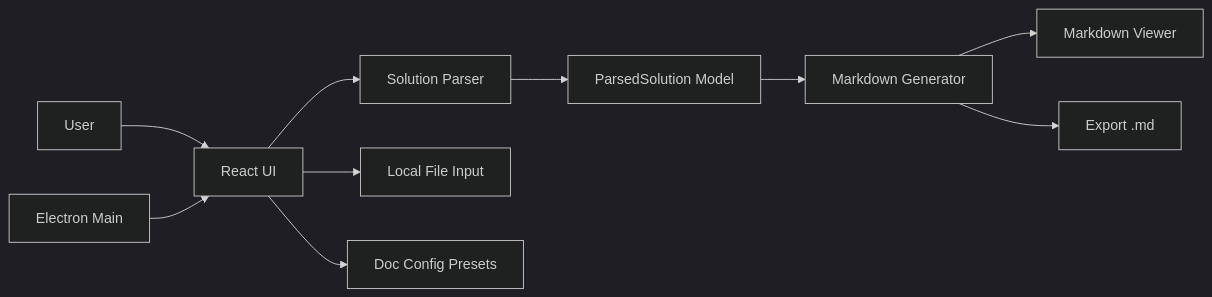
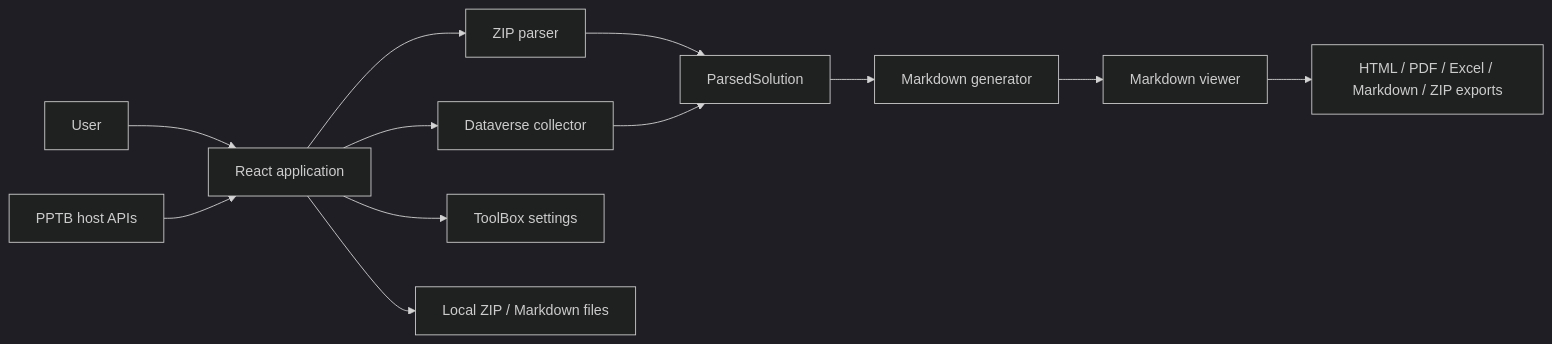
The diagram in docs/high-level-design.md (Hart365/pp-md-pptb-edition), drawn with Mermaid (dark theme) before and after one commit. The commit also changed other lines of this file and 62 other files, not shown here.

````diff
--- a/docs/high-level-design.md
+++ b/docs/high-level-design.md
@@ -23,12 +24,14 @@
 ```mermaid
 flowchart LR
-  U[User] --> UI[React UI]
-  UI --> P[Solution Parser]
-  P --> M[ParsedSolution Model]
-  M --> G[Markdown Generator]
-  G --> V[Markdown Viewer]
-  G --> E[Export .md]
-  UI --> FS[Local File Input]
-  UI --> CFG[Doc Config Presets]
-  Electron[Electron Main] --> UI
+  U[User] --> UI[React application]
+  H[PPTB host APIs] --> UI
+  UI --> ZIP[ZIP parser]
+  UI --> DV[Dataverse collector]
+  ZIP --> MODEL[ParsedSolution]
+  DV --> MODEL
+  MODEL --> GEN[Markdown generator]
+  GEN --> VIEW[Markdown viewer]
+  VIEW --> EXP[HTML / PDF / Excel / Markdown / ZIP exports]
+  UI --> PREF[ToolBox settings]
+  UI --> INPUT[Local ZIP / Markdown files]
 ```
````
